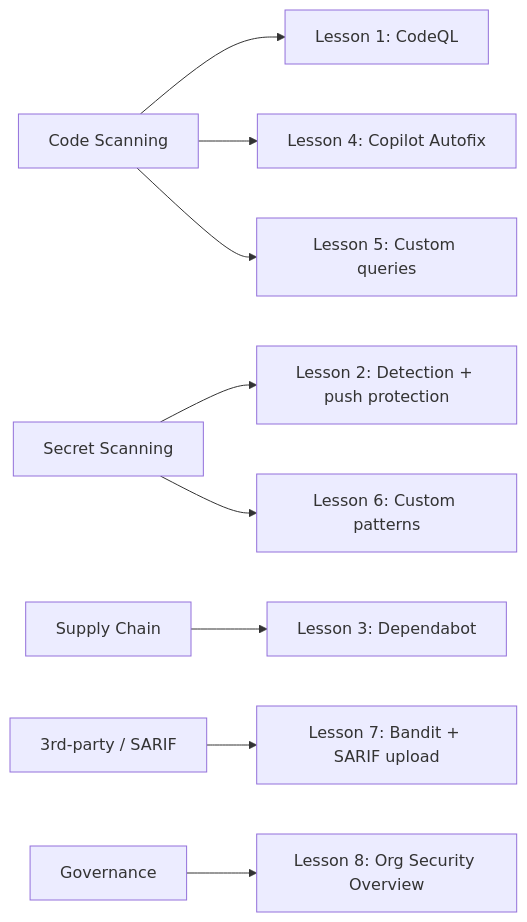
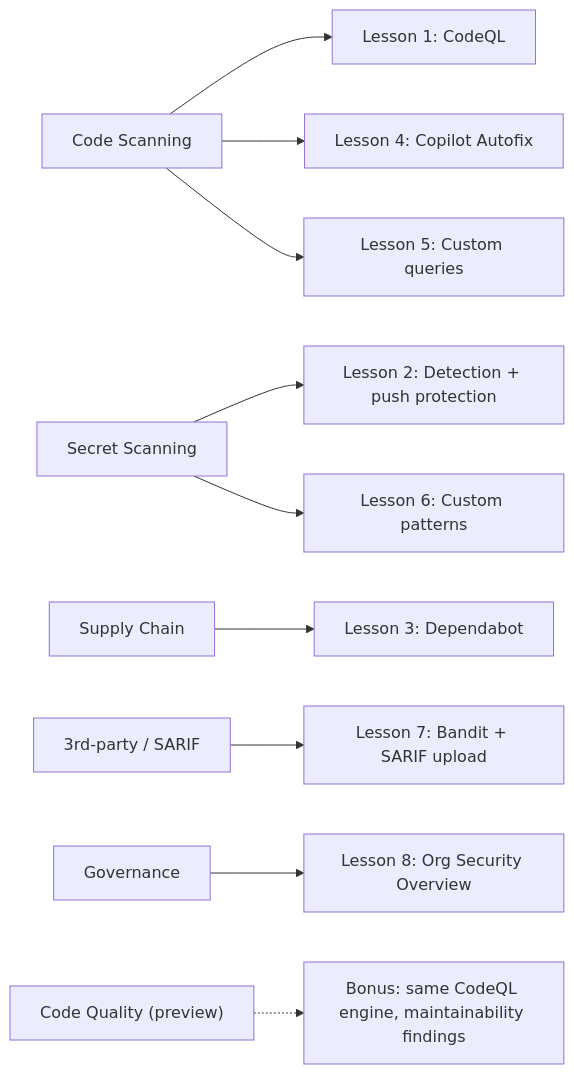
One commit to tkl-enteprises/ghas-demos changed the diagram in README.md. Above: the diagram before and after it, drawn with Mermaid. The commit also changed other lines of this file and 1 other file, not shown here.

First line of the commit message:
Document Code Quality (preview) as bonus content

````diff
--- a/README.md
+++ b/README.md
@@ -65,11 +65,12 @@
 ```mermaid
 flowchart LR
   P1["Code Scanning"]      --> L1["Lesson 1: CodeQL"]
   P1                       --> L4["Lesson 4: Copilot Autofix"]
   P1                       --> L5["Lesson 5: Custom queries"]
   P2["Secret Scanning"]    --> L2["Lesson 2: Detection + push protection"]
   P2                       --> L6["Lesson 6: Custom patterns"]
   P3["Supply Chain"]       --> L3["Lesson 3: Dependabot"]
   P4["3rd-party / SARIF"]  --> L7["Lesson 7: Bandit + SARIF upload"]
   P5["Governance"]         --> L8["Lesson 8: Org Security Overview"]
+  P6["Code Quality (preview)"] -.-> B["Bonus: same CodeQL engine, maintainability findings"]
 ```
````
